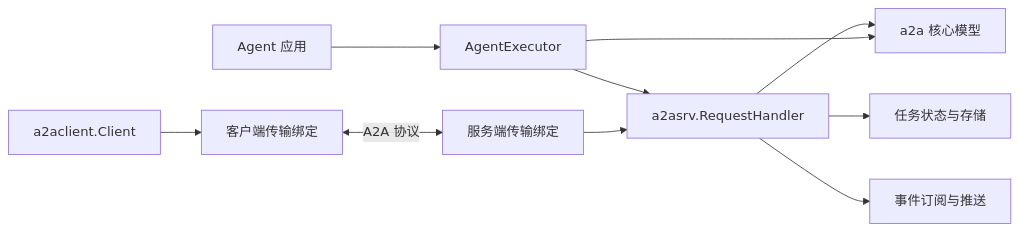
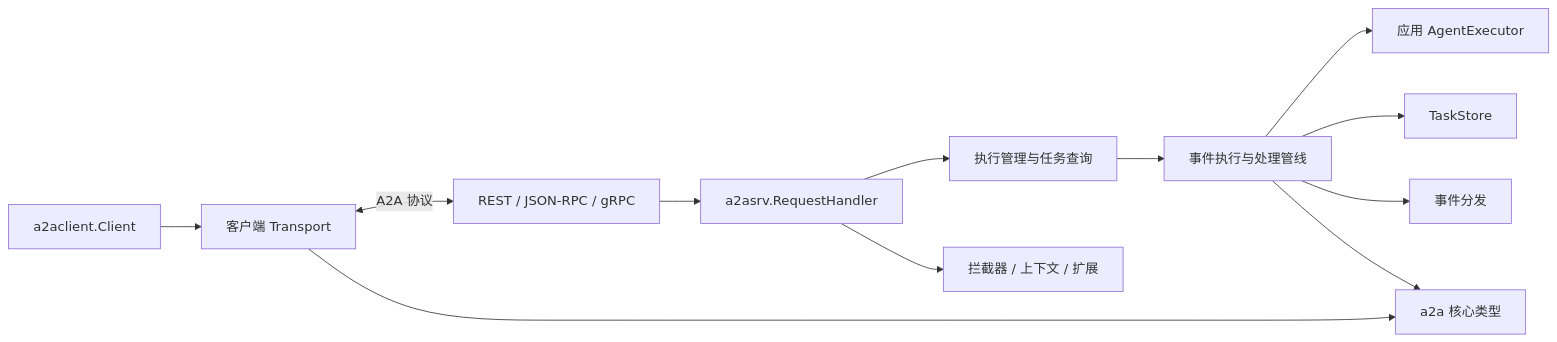
Before and after one commit to neoguojing/docs: the first of 3 diagrams in ai/agent/a2a-go.md, drawn with Mermaid. The commit also changed other lines of this file, not shown here.

````diff
--- a/ai/agent/a2a-go.md
+++ b/ai/agent/a2a-go.md
@@ -9,12 +24,14 @@
 ```mermaid
 flowchart LR
-    App[Agent 应用] --> Executor[AgentExecutor]
-    Executor --> ServerAPI[a2asrv.RequestHandler]
-    Client[a2aclient.Client] --> ClientBinding[客户端传输绑定]
-    ClientBinding <-->|A2A 协议| ServerBinding[服务端传输绑定]
-    ServerBinding --> ServerAPI
-    ServerAPI --> Core[a2a 核心模型]
-    Executor --> Core
-    ServerAPI --> State[任务状态与存储]
-    ServerAPI --> Events[事件订阅与推送]
+    Client[a2aclient.Client] --> ClientTransport[客户端 Transport]
+    ClientTransport <-->|A2A 协议| ServerTransport[REST / JSON-RPC / gRPC]
+    ServerTransport --> RequestHandler[a2asrv.RequestHandler]
+    RequestHandler --> Manager[执行管理与任务查询]
+    Manager --> Pipeline[事件执行与处理管线]
+    Pipeline --> Agent[应用 AgentExecutor]
+    Pipeline --> Store[TaskStore]
+    Pipeline --> EventQueue[事件分发]
+    RequestHandler --> CrossCutting[拦截器 / 上下文 / 扩展]
+    ClientTransport --> Core[a2a 核心类型]
+    Pipeline --> Core
 ```
````
